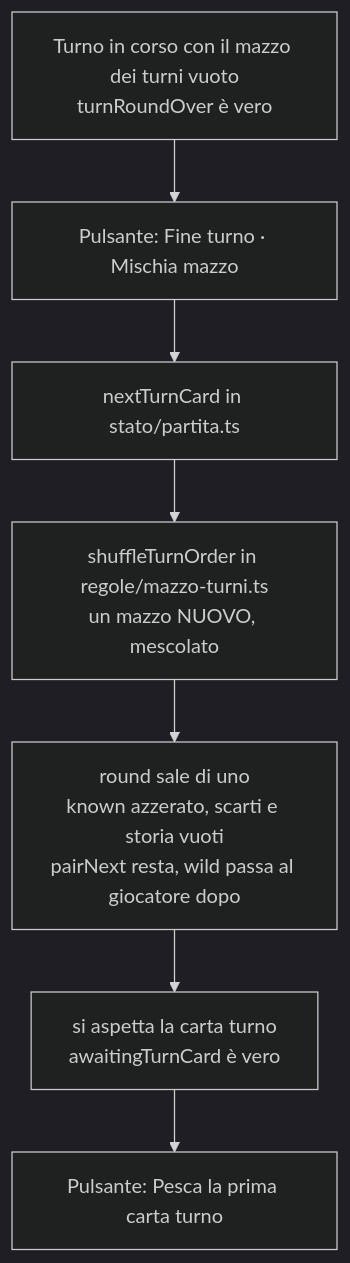
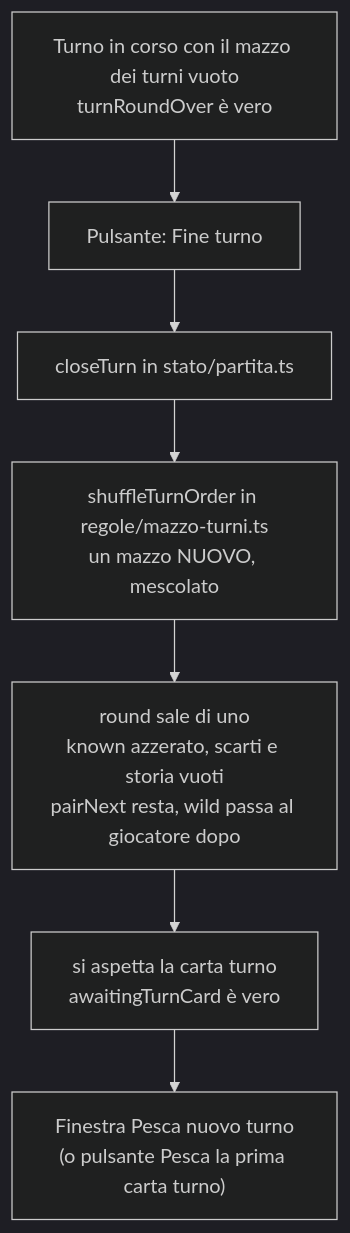
Before and after one commit to lorenzvittori/AeonsEnd_App_0.3: the fourth of 4 diagrams in docs/08-mazzo-dei-turni.md, drawn with Mermaid (dark theme). The commit also changed other lines of this file and 56 other files, not shown here.

Commit message:
shcermata pesca mazzo turno

````diff
--- a/docs/08-mazzo-dei-turni.md
+++ b/docs/08-mazzo-dei-turni.md
@@ -151,9 +152,9 @@
 ```mermaid
 flowchart TD
-    A["Turno in corso con il mazzo dei turni vuoto<br/>turnRoundOver è vero"] --> B["Pulsante: Fine turno · Mischia mazzo"]
-    B --> C["nextTurnCard in stato/partita.ts"]
+    A["Turno in corso con il mazzo dei turni vuoto<br/>turnRoundOver è vero"] --> B["Pulsante: Fine turno"]
+    B --> C["closeTurn in stato/partita.ts"]
     C --> D["shuffleTurnOrder in regole/mazzo-turni.ts<br/>un mazzo NUOVO, mescolato"]
     D --> E["round sale di uno<br/>known azzerato, scarti e storia vuoti<br/>pairNext resta, wild passa al giocatore dopo"]
     E --> F["si aspetta la carta turno<br/>awaitingTurnCard è vero"]
-    F --> G["Pulsante: Pesca la prima carta turno"]
+    F --> G["Finestra Pesca nuovo turno<br/>(o pulsante Pesca la prima carta turno)"]
 ```
````
